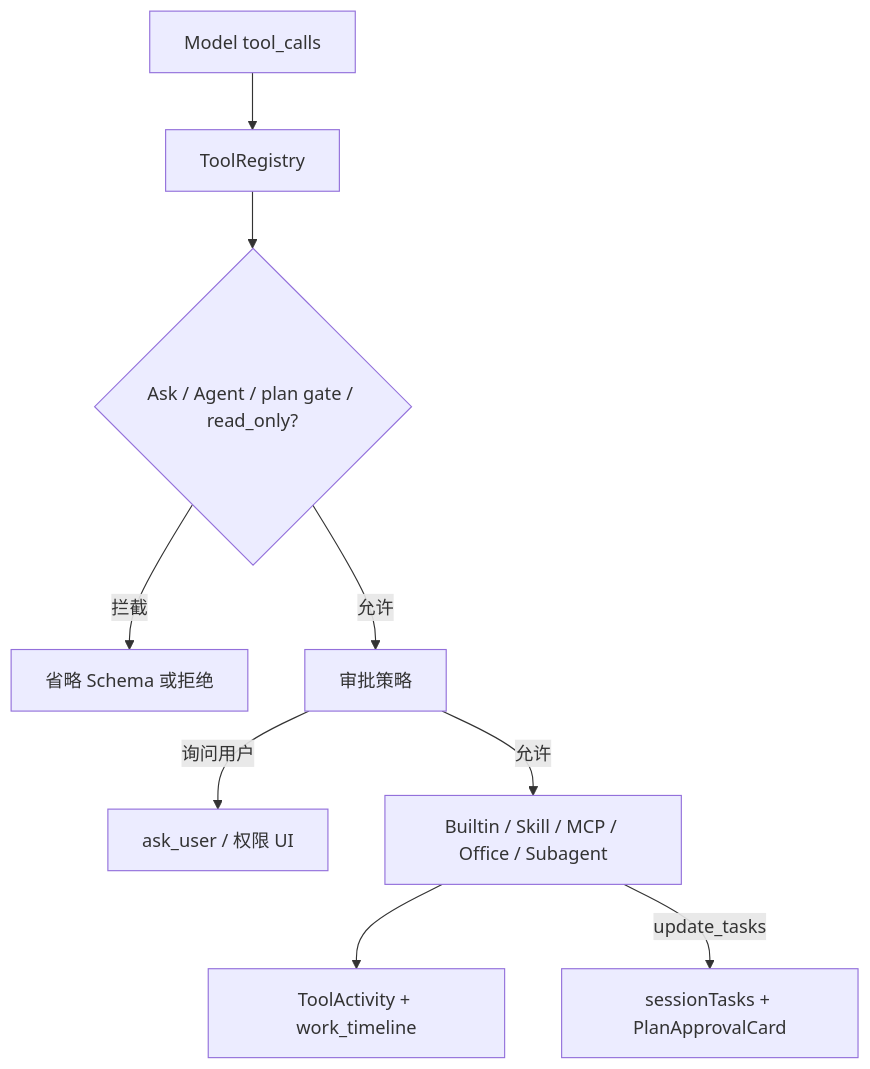
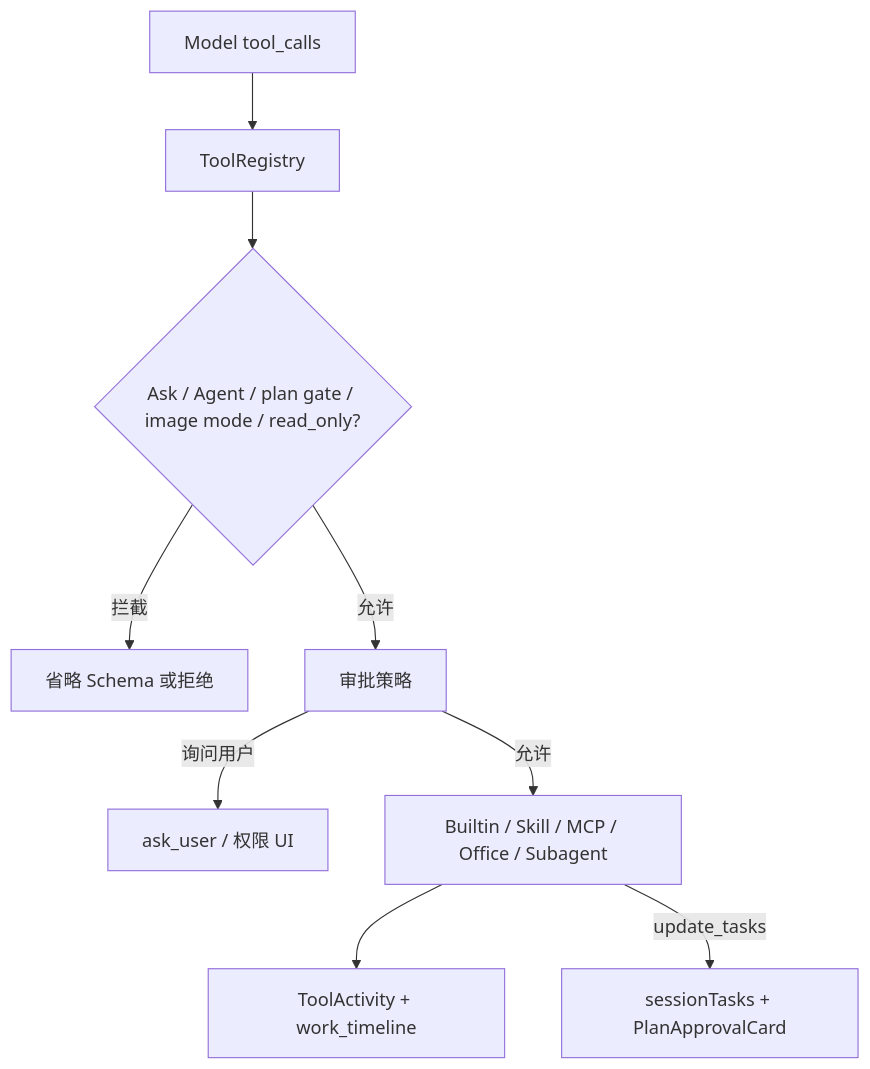
One commit to rururunu/Anya changed diagram 16 of 20 in docs/architecture-overview.zh-CN.md. Above: the diagram before and after it, drawn with Mermaid. The commit also changed other lines of this file and 149 other files, not shown here.

First line of the commit message:
feat: v0.2.13 图像生成模式与聊天工作区体验增强

````diff
--- a/docs/architecture-overview.zh-CN.md
+++ b/docs/architecture-overview.zh-CN.md
@@ -565,11 +609,11 @@
 ```mermaid
 flowchart TB
   Model[Model tool_calls] --> Reg[ToolRegistry]
-  Reg --> Mode{Ask / Agent / plan gate / read_only?}
+  Reg --> Mode{Ask / Agent / plan gate / image mode / read_only?}
   Mode -->|拦截| Deny[省略 Schema 或拒绝]
   Mode -->|允许| Appr[审批策略]
   Appr -->|询问用户| UI[ask_user / 权限 UI]
   Appr -->|允许| Exec[Builtin / Skill / MCP / Office / Subagent]
   Exec --> Act[ToolActivity + work_timeline]
   Exec -->|update_tasks| Tasks[sessionTasks + PlanApprovalCard]
 ```
````
